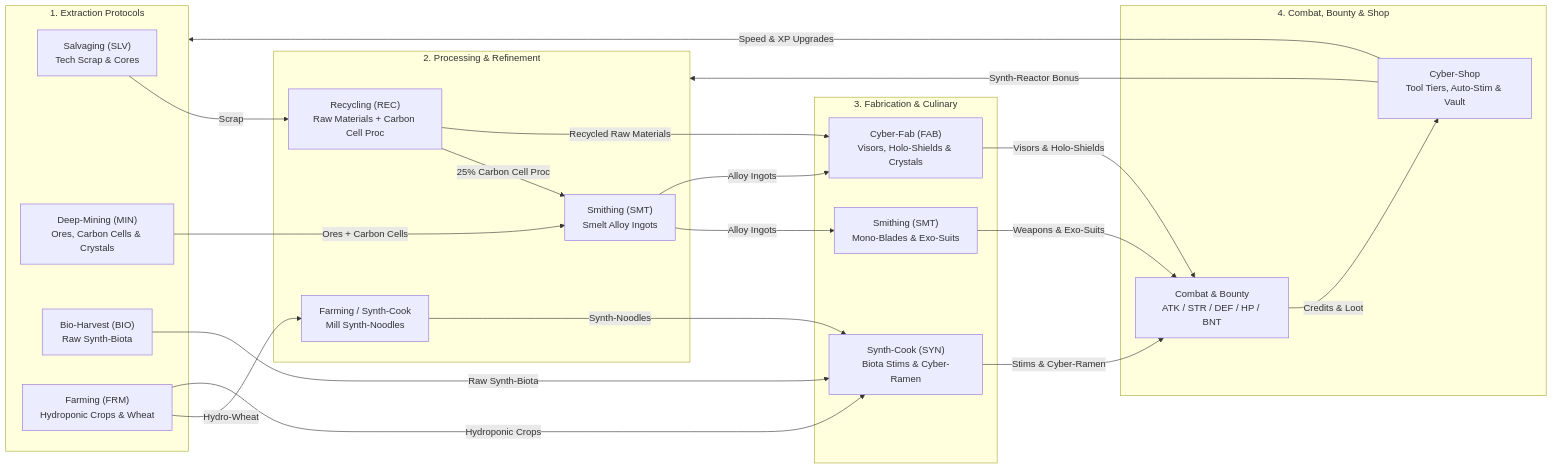
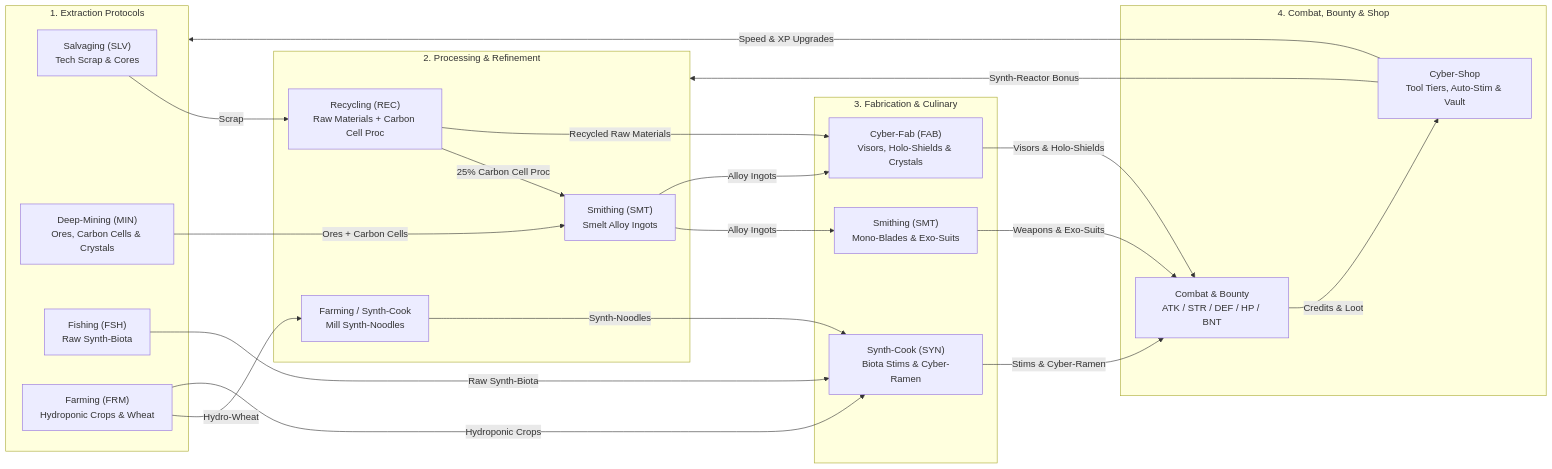
One commit to Mizux/routineverse changed the diagram in docs/README.md. Above: the diagram before and after it, drawn with Mermaid. The commit also changed other lines of this file and 5 other files, not shown here.

Commit message:
rename BioHarvest as Fishing

````diff
--- a/docs/README.md
+++ b/docs/README.md
@@ -16,46 +16,46 @@
 ```mermaid
 flowchart LR
   subgraph Extraction["1. Extraction Protocols"]
     SLV["Salvaging (SLV)<br/>Tech Scrap & Cores"]
     MIN["Deep-Mining (MIN)<br/>Ores, Carbon Cells & Crystals"]
-    BIO["Bio-Harvest (BIO)<br/>Raw Synth-Biota"]
+    BIO["Fishing (FSH)<br/>Raw Synth-Biota"]
     FRM["Farming (FRM)<br/>Hydroponic Crops & Wheat"]
   end
 
   subgraph Processing["2. Processing & Refinement"]
     REC["Recycling (REC)<br/>Raw Materials + Carbon Cell Proc"]
     SMT_BAR["Smithing (SMT)<br/>Smelt Alloy Ingots"]
     NOODLE["Farming / Synth-Cook<br/>Mill Synth-Noodles"]
   end
 
   subgraph Fabrication["3. Fabrication & Culinary"]
     SMT_GEAR["Smithing (SMT)<br/>Mono-Blades & Exo-Suits"]
     FAB["Cyber-Fab (FAB)<br/>Visors, Holo-Shields & Crystals"]
     COOK["Synth-Cook (SYN)<br/>Biota Stims & Cyber-Ramen"]
   end
 
   subgraph Arena["4. Combat, Bounty & Shop"]
     CMB["Combat & Bounty<br/>ATK / STR / DEF / HP / BNT"]
     SHOP["Cyber-Shop<br/>Tool Tiers, Auto-Stim & Vault"]
   end
 
   SLV -->|"Scrap"| REC
   REC -->|"25% Carbon Cell Proc"| SMT_BAR
   MIN -->|"Ores + Carbon Cells"| SMT_BAR
   SMT_BAR -->|"Alloy Ingots"| SMT_GEAR
   SMT_BAR -->|"Alloy Ingots"| FAB
   REC -->|"Recycled Raw Materials"| FAB
 
   FRM -->|"Hydro-Wheat"| NOODLE
   NOODLE -->|"Synth-Noodles"| COOK
   FRM -->|"Hydroponic Crops"| COOK
   BIO -->|"Raw Synth-Biota"| COOK
 
   SMT_GEAR -->|"Weapons & Exo-Suits"| CMB
   FAB -->|"Visors & Holo-Shields"| CMB
   COOK -->|"Stims & Cyber-Ramen"| CMB
 
   CMB -->|"Credits & Loot"| SHOP
   SHOP -->|"Speed & XP Upgrades"| Extraction
   SHOP -->|"Synth-Reactor Bonus"| Processing
 ```
````
